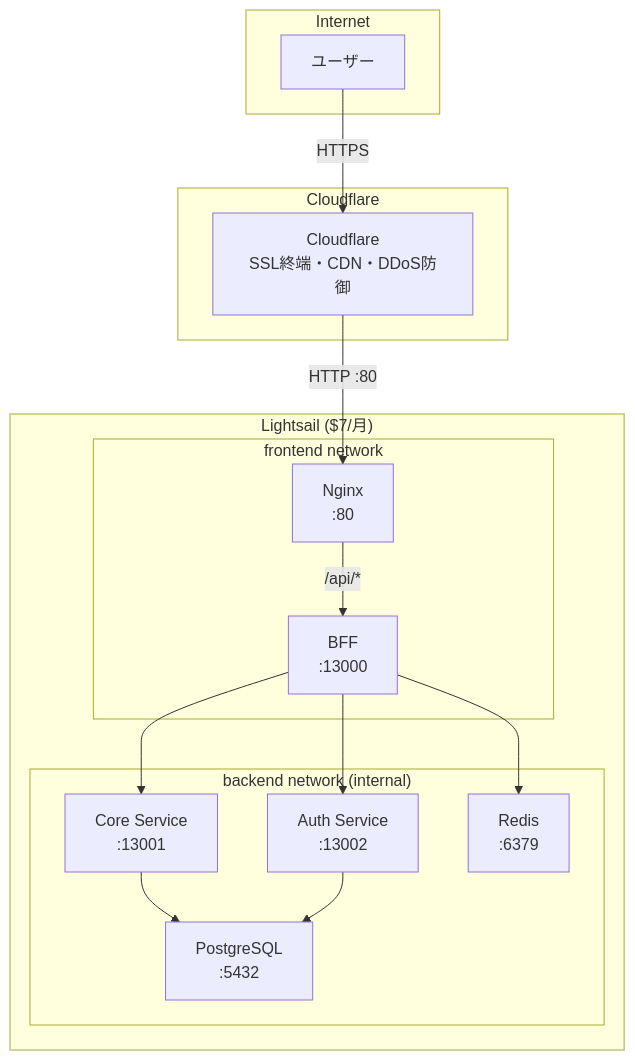
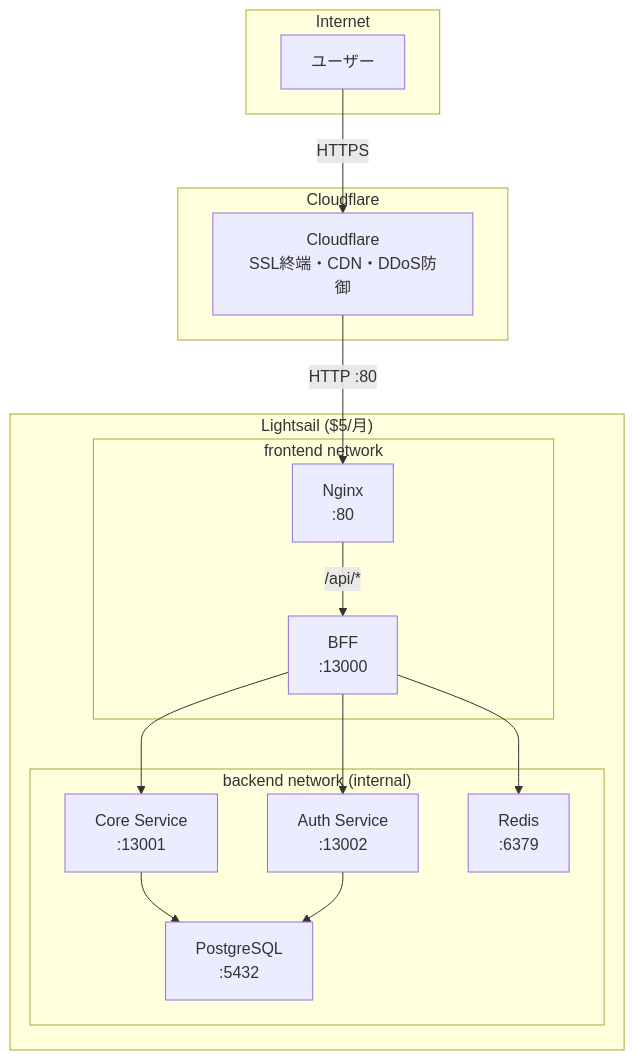
The diagram in infra/lightsail/README.md (ka2kama/ringiflow), drawn with Mermaid before and after one commit. The commit also changed other lines of this file and 2 other files, not shown here.

First line of the commit message:
Fix Lightsail plan price: $7 -> $5 (IPv6-only) (#275)

````diff
--- a/infra/lightsail/README.md
+++ b/infra/lightsail/README.md
@@ -15,32 +15,32 @@
 ```mermaid
 graph TB
     subgraph Internet
         User["ユーザー"]
     end
 
     subgraph Cloudflare
         CF["Cloudflare<br/>SSL終端・CDN・DDoS防御"]
     end
 
-    subgraph Lightsail["Lightsail ($7/月)"]
+    subgraph Lightsail["Lightsail ($5/月)"]
         subgraph Frontend["frontend network"]
             Nginx["Nginx<br/>:80"]
             BFF["BFF<br/>:13000"]
         end
         subgraph Backend["backend network (internal)"]
             CoreService["Core Service<br/>:13001"]
             AuthService["Auth Service<br/>:13002"]
             Postgres["PostgreSQL<br/>:5432"]
             Redis["Redis<br/>:6379"]
         end
     end
 
     User -->|HTTPS| CF
     CF -->|HTTP :80| Nginx
     Nginx -->|/api/*| BFF
     BFF --> CoreService
     BFF --> AuthService
     CoreService --> Postgres
     AuthService --> Postgres
     BFF --> Redis
 ```
````
